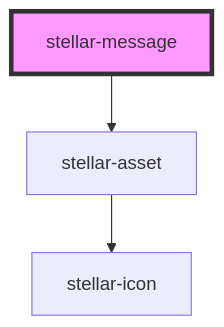
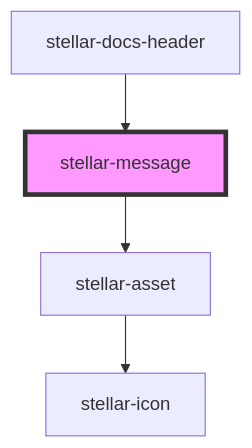
The diagram in src/components/ui/message/readme.md (splitinfinities/Stellar), drawn with Mermaid before and after one commit. The commit also changed other lines of this file and 50 other files, not shown here.

````diff
--- a/src/components/ui/message/readme.md
+++ b/src/components/ui/message/readme.md
@@ -94,6 +98,7 @@
 ```mermaid
 graph TD;
   stellar-message --> stellar-asset
   stellar-asset --> stellar-icon
+  stellar-docs-header --> stellar-message
   style stellar-message fill:#f9f,stroke:#333,stroke-width:4px
 ```
````
